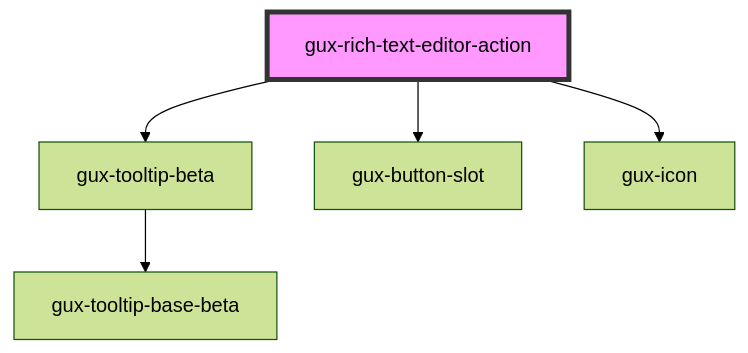
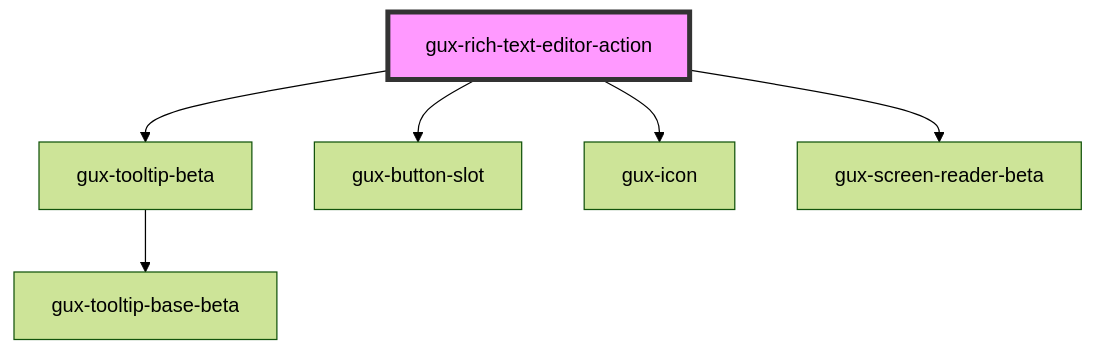
Before and after one commit to MyPureCloud/genesys-spark: the diagram in packages/genesys-spark-components/src/components/beta/gux-rich-text-editor/gux-rich-text-editor-action/readme.md, drawn with Mermaid (forest theme). The commit also changed other lines of this file and 18 other files, not shown here.

````diff
--- a/packages/genesys-spark-components/src/components/beta/gux-rich-text-editor/gux-rich-text-editor-action/readme.md
+++ b/packages/genesys-spark-components/src/components/beta/gux-rich-text-editor/gux-rich-text-editor-action/readme.md
@@ -26,8 +27,9 @@
 ```mermaid
 graph TD;
   gux-rich-text-editor-action --> gux-tooltip-beta
   gux-rich-text-editor-action --> gux-button-slot
   gux-rich-text-editor-action --> gux-icon
+  gux-rich-text-editor-action --> gux-screen-reader-beta
   gux-tooltip-beta --> gux-tooltip-base-beta
   style gux-rich-text-editor-action fill:#f9f,stroke:#333,stroke-width:4px
 ```
````
